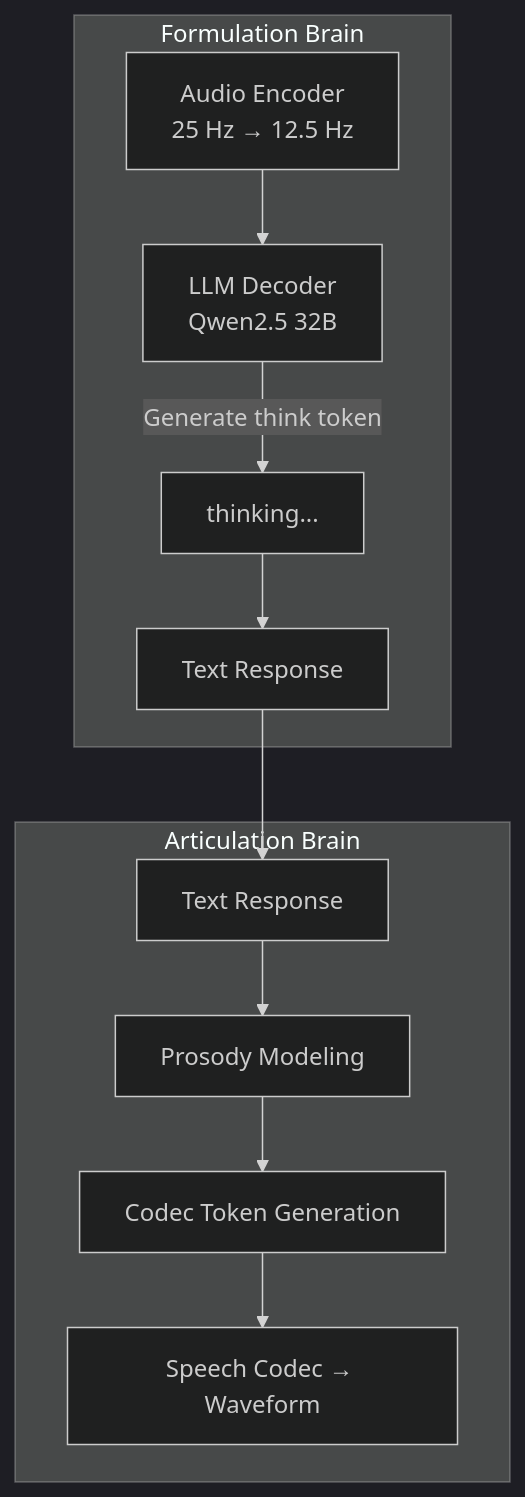
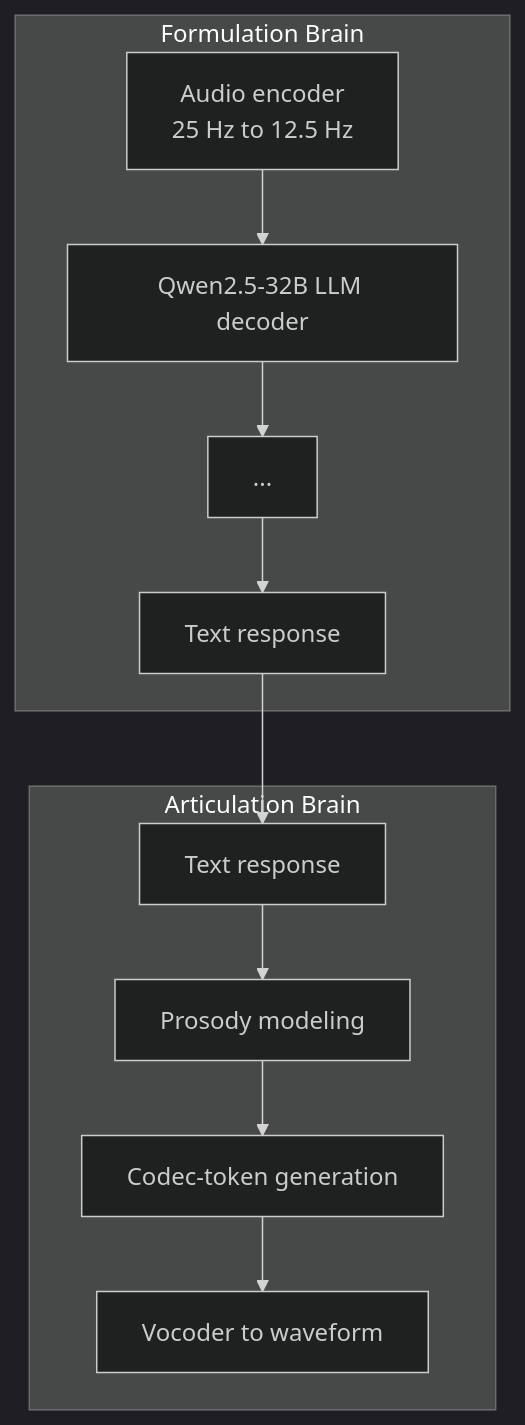
One commit to birhantprkc/hands-on-modern-rl changed the fourth of 4 diagrams in docs/en/chapter27_audio_rl/reward-design.md. Above: the diagram before and after it, drawn with Mermaid (dark theme). The commit also changed other lines of this file and 7 other files, not shown here.

````diff
--- a/docs/en/chapter27_audio_rl/reward-design.md
+++ b/docs/en/chapter27_audio_rl/reward-design.md
@@ -198,16 +266,14 @@
 ```mermaid
 graph TB
     subgraph "Formulation Brain"
-        A1[Audio Encoder<br/>25 Hz → 12.5 Hz] --> A2[LLM Decoder<br/>Qwen2.5 32B]
-        A2 -->|Generate think token| A3[" thinking..."]
-        A3 --> A4[Text Response]
+        A1[Audio encoder<br/>25 Hz to 12.5 Hz] --> A2[Qwen2.5-32B LLM decoder]
+        A2 --> A3["<think>...</think>"]
+        A3 --> A4[Text response]
     end
-
     subgraph "Articulation Brain"
-        B1[Text Response] --> B2[Prosody Modeling]
-        B2 --> B3[Codec Token Generation]
-        B3 --> B4[Speech Codec → Waveform]
+        B1[Text response] --> B2[Prosody modeling]
+        B2 --> B3[Codec-token generation]
+        B3 --> B4[Vocoder to waveform]
     end
-
     A4 --> B1
 ```
````
